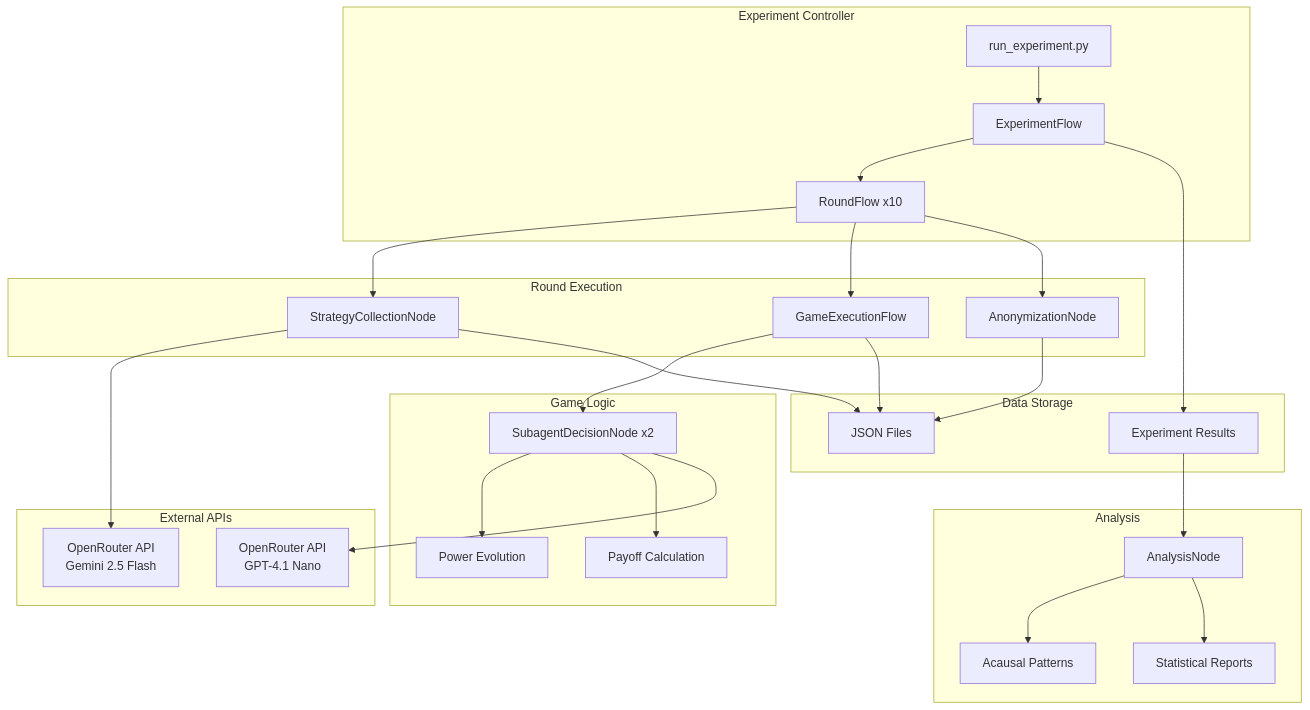
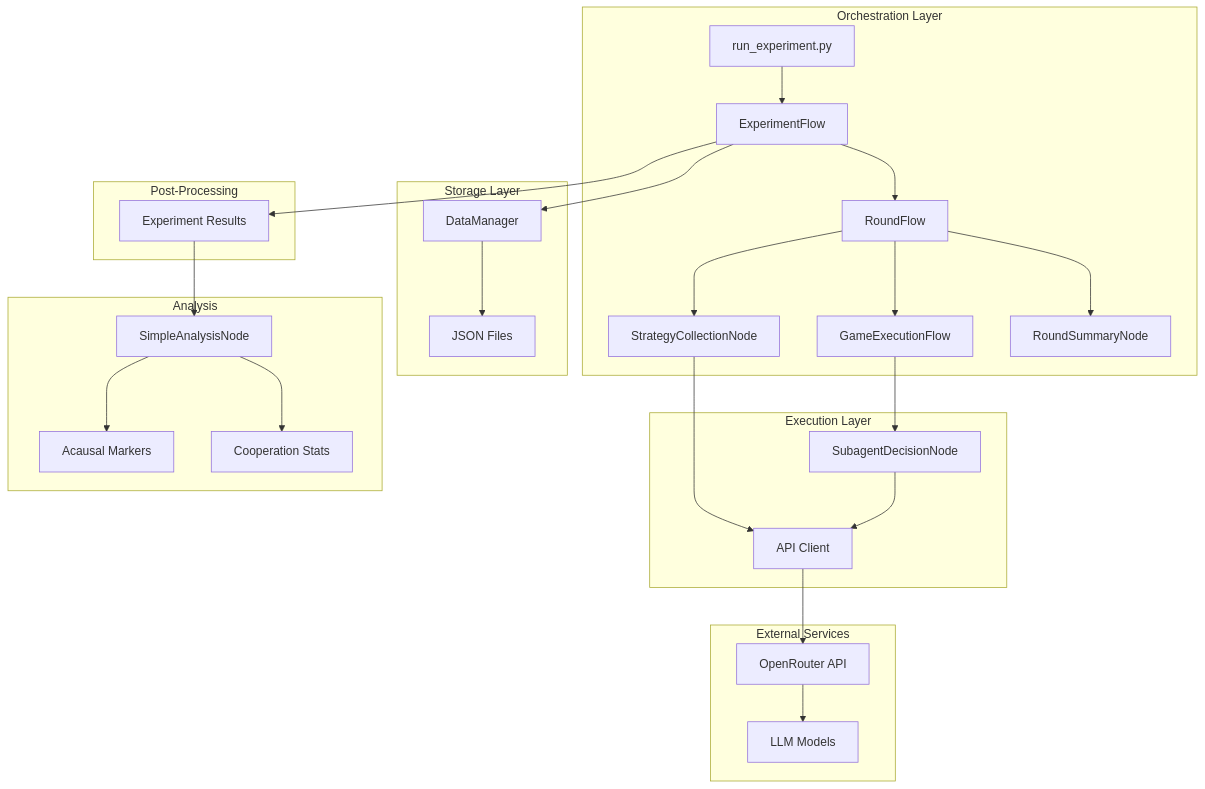
The first of 8 diagrams in docs/architecture.md (LucaDeLeo/superrationality), drawn with Mermaid before and after one commit. The commit also changed other lines of this file, not shown here.

First line of the commit message:
Update architecture documentation to reflect simplified codebase

````diff
--- a/docs/architecture.md
+++ b/docs/architecture.md
@@ -39,37 +43,36 @@
 ```mermaid
 graph TB
-    subgraph "Experiment Controller"
+    subgraph "Orchestration Layer"
         A[run_experiment.py] --> B[ExperimentFlow]
-        B --> C[RoundFlow x10]
-    end
-
-    subgraph "Round Execution"
+        B --> C[RoundFlow]
         C --> D[StrategyCollectionNode]
         C --> E[GameExecutionFlow]
-        C --> F[AnonymizationNode]
+        C --> F[RoundSummaryNode]
     end
-
-    subgraph "Game Logic"
-        E --> G[SubagentDecisionNode x2]
-        G --> H[Power Evolution]
-        G --> I[Payoff Calculation]
+    
+    subgraph "Execution Layer"
+        D --> G[API Client]
+        E --> H[SubagentDecisionNode]
+        H --> G
     end
-
-    subgraph "External APIs"
-        D --> J[OpenRouter API<br/>Gemini 2.5 Flash]
-        G --> K[OpenRouter API<br/>GPT-4.1 Nano]
+    
+    subgraph "External Services"
+        G --> I[OpenRouter API]
+        I --> J[LLM Models]
     end
-
-    subgraph "Data Storage"
-        F --> L[JSON Files]
-        E --> L
-        D --> L
+    
+    subgraph "Storage Layer"
+        B --> K[DataManager]
+        K --> L[JSON Files]
+    end
+    
+    subgraph "Post-Processing"
         B --> M[Experiment Results]
     end
 
     subgraph "Analysis"
-        M --> N[AnalysisNode]
-        N --> O[Acausal Patterns]
-        N --> P[Statistical Reports]
+        M --> N[SimpleAnalysisNode]
+        N --> O[Acausal Markers]
+        N --> P[Cooperation Stats]
     end
 ```
````
